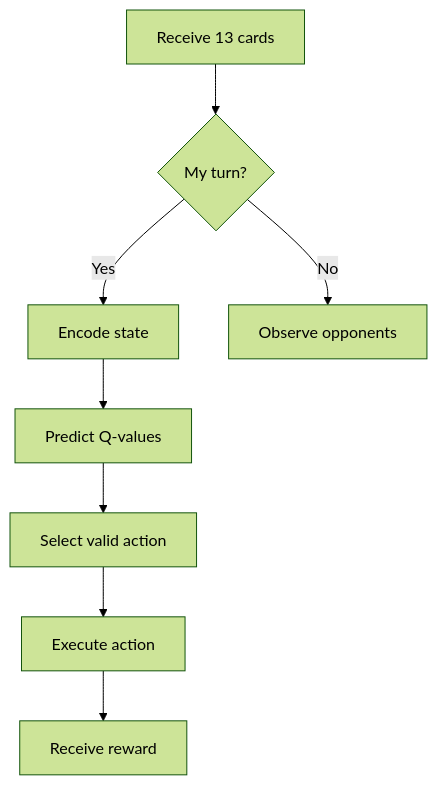
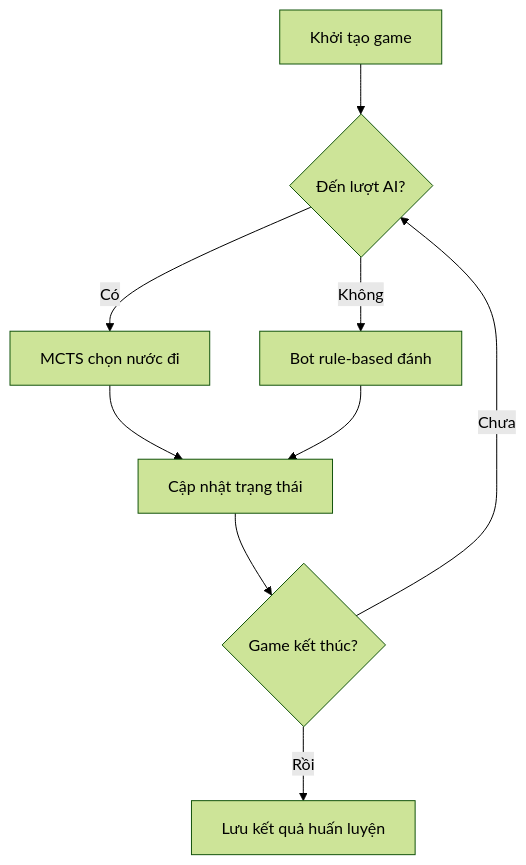
Before and after one commit to KhanhRomVN/TienLenNet: the diagram in AGENT.md, drawn with Mermaid (forest theme). The commit also changed other lines of this file and 38 other files, not shown here.

Commit message:
feat: ✨ Chuyển đổi dự án sang AlphaZero với PPO + MCTS - Thay đổi kiến trúc mạng nơ-ron thành residual CNN cho policy và value head - Triển khai MCTS để chọn nước đi, kết hợp với PPO để huấn luyện - Sử dụng LZ4 để nén dữ liệu experience replay giúp tiết kiệm bộ nhớ

````diff
--- a/AGENT.md
+++ b/AGENT.md
@@ -44,10 +92,11 @@
 ```mermaid
 graph TD
-    A[Receive 13 cards] --> B{My turn?}
-    B -->|Yes| C[Encode state]
-    C --> D[Predict Q-values]
-    D --> E[Select valid action]
-    E --> F[Execute action]
-    F --> G[Receive reward]
-    B -->|No| H[Observe opponents]
+    A[Khởi tạo game] --> B{Đến lượt AI?}
+    B -->|Có| C[MCTS chọn nước đi]
+    B -->|Không| D[Bot rule-based đánh]
+    C --> E[Cập nhật trạng thái]
+    D --> E
+    E --> F{Game kết thúc?}
+    F -->|Chưa| B
+    F -->|Rồi| G[Lưu kết quả huấn luyện]
 ```
````
